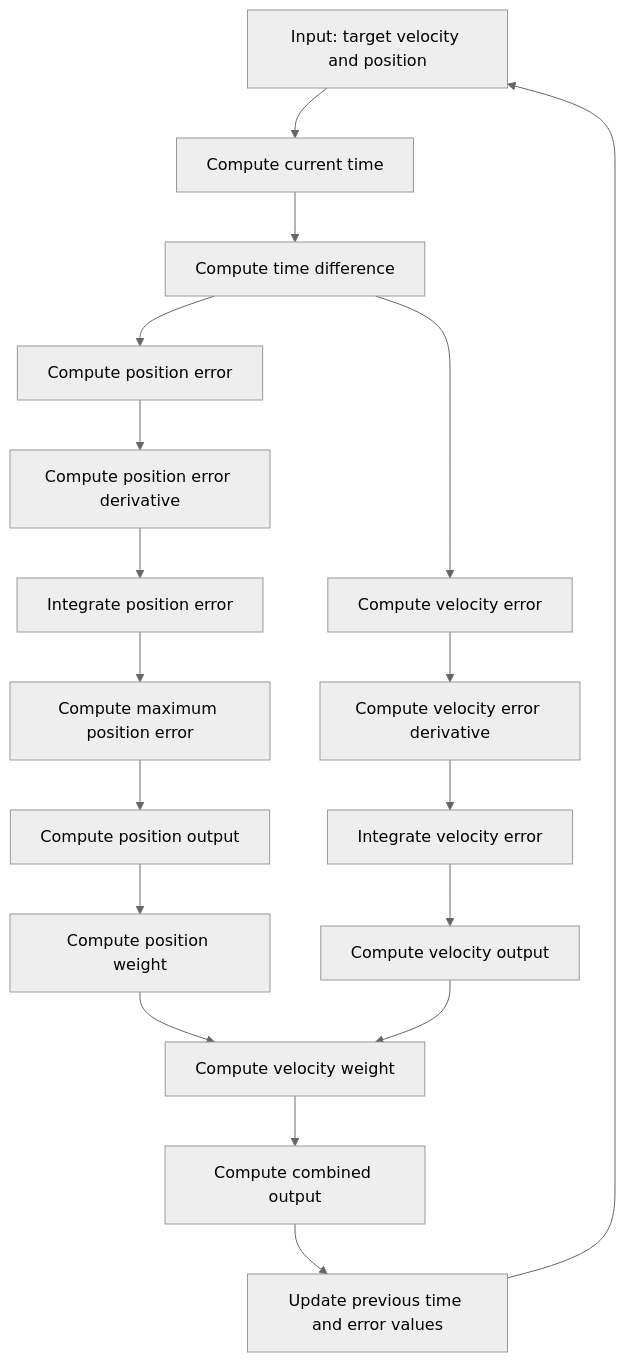
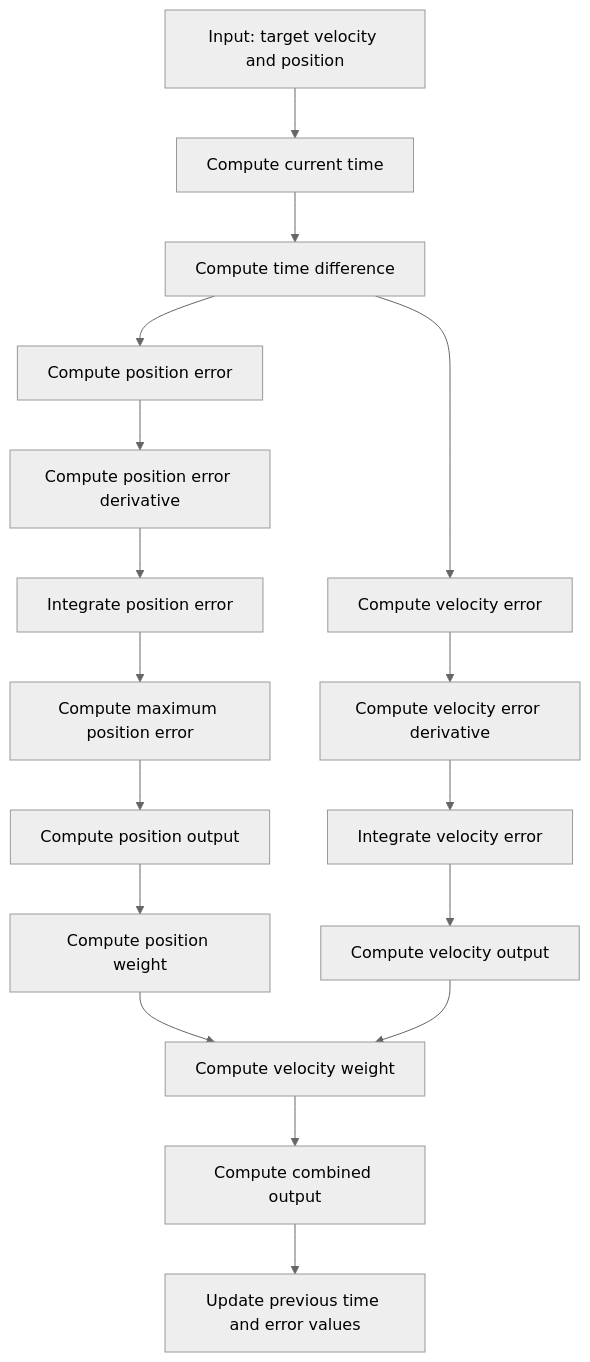
Before and after one commit to zebra314/me_prac: the second of 2 diagrams in README.md, drawn with Mermaid (neutral theme). The commit also changed other lines of this file and 1 other file, not shown here.

Commit message:
Update flowchart

````diff
--- a/README.md
+++ b/README.md
@@ -22,20 +51,19 @@
 ```mermaid
 graph TD;
     A[Input: target velocity and position] --> B[Compute current time];
     B --> C[Compute time difference];
     C --> D[Compute position error];
     C --> E[Compute velocity error];
     D --> F[Compute position error derivative];
     E --> G[Compute velocity error derivative];
     F --> H[Integrate position error];
     G --> I[Integrate velocity error];
     H --> J[Compute maximum position error];
     J --> K[Compute position output];
     I --> L[Compute velocity output];
     K --> M[Compute position weight];
     M --> N[Compute velocity weight];
     L --> N;
     N --> O[Compute combined output];
     O --> P[Update previous time and error values];
-    P --> A;
 ```
````
